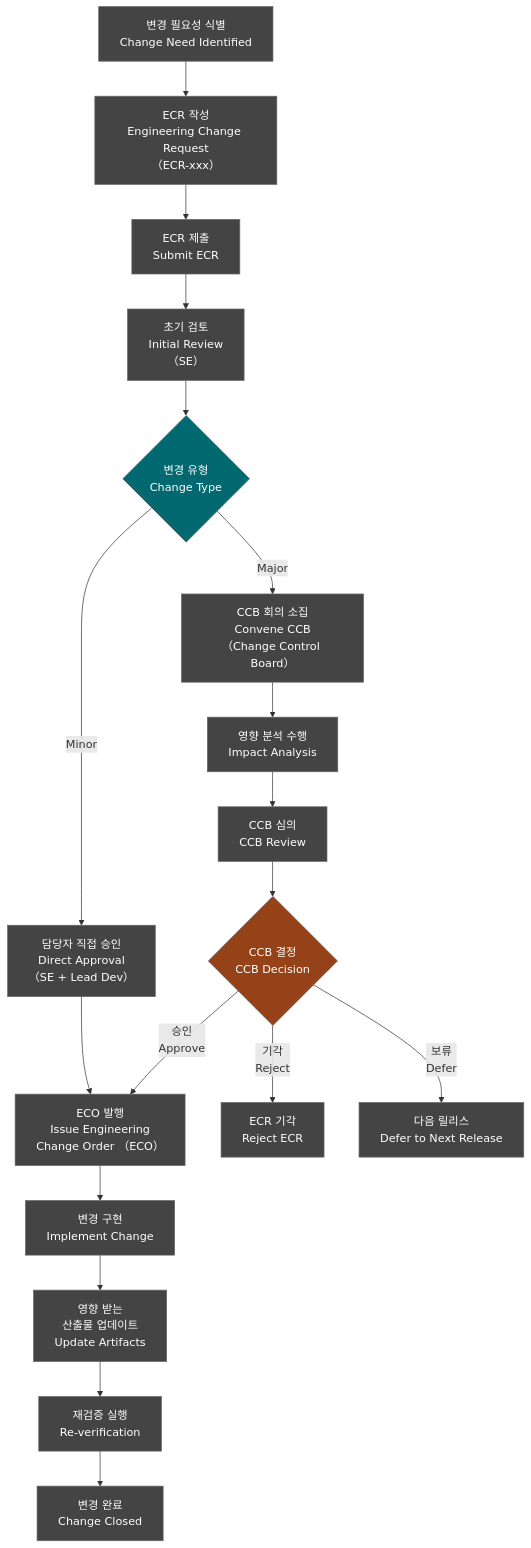
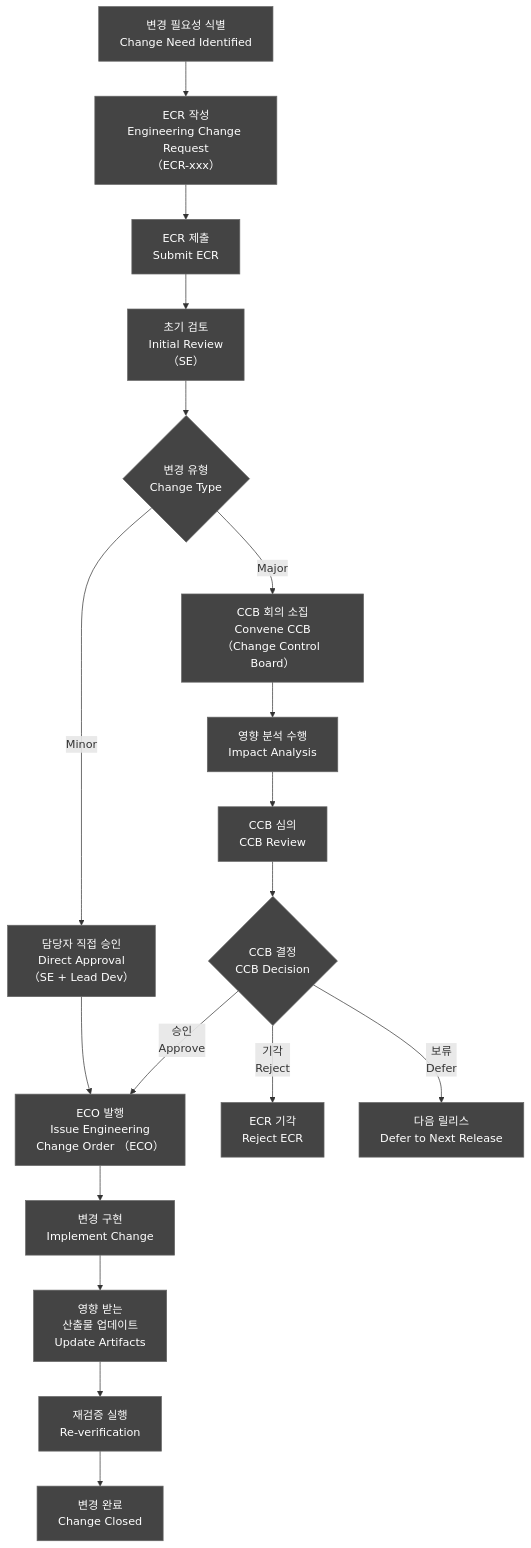
One commit to holee9/console-gui changed diagram 14 of 15 in docs/management/DOC-003a_SW_Development_Procedure_v1.0.md. Above: the diagram before and after it, drawn with Mermaid. The commit also changed other lines of this file and 35 other files, not shown here.

First line of the commit message:
fix: 전체 Mermaid 차트 색상 진한 회색 통일

````diff
--- a/docs/management/DOC-003a_SW_Development_Procedure_v1.0.md
+++ b/docs/management/DOC-003a_SW_Development_Procedure_v1.0.md
@@ -1251,24 +1251,24 @@
 ```mermaid
 flowchart TD
     classDef default fill:#444,stroke:#666,color:#fff
     A["변경 필요성 식별\nChange Need Identified"] --> B["ECR 작성\nEngineering Change Request\n（ECR-xxx）"]
     B --> C["ECR 제출\nSubmit ECR"]
     C --> D["초기 검토\nInitial Review\n（SE）"]
     D --> E{변경 유형\nChange Type}
     E -->|"Minor"| F["담당자 직접 승인\nDirect Approval\n（SE + Lead Dev）"]
     E -->|"Major"| G["CCB 회의 소집\nConvene CCB\n（Change Control Board）"]
     G --> H["영향 분석 수행\nImpact Analysis"]
     H --> I["CCB 심의\nCCB Review"]
     I --> J{CCB 결정\nCCB Decision}
     J -->|"승인\nApprove"| K["ECO 발행\nIssue Engineering\nChange Order （ECO）"]
     J -->|"기각\nReject"| L["ECR 기각\nReject ECR"]
     J -->|"보류\nDefer"| M["다음 릴리스\nDefer to Next Release"]
     F --> K
     K --> N["변경 구현\nImplement Change"]
     N --> O["영향 받는\n산출물 업데이트\nUpdate Artifacts"]
     O --> P["재검증 실행\nRe-verification"]
     P --> Q["변경 완료\nChange Closed"]
 
-    style J fill:#964219,color:#fff
-    style E fill:#01696F,color:#fff
+    style J fill:#444,color:#fff
+    style E fill:#444,color:#fff
 ```
````
